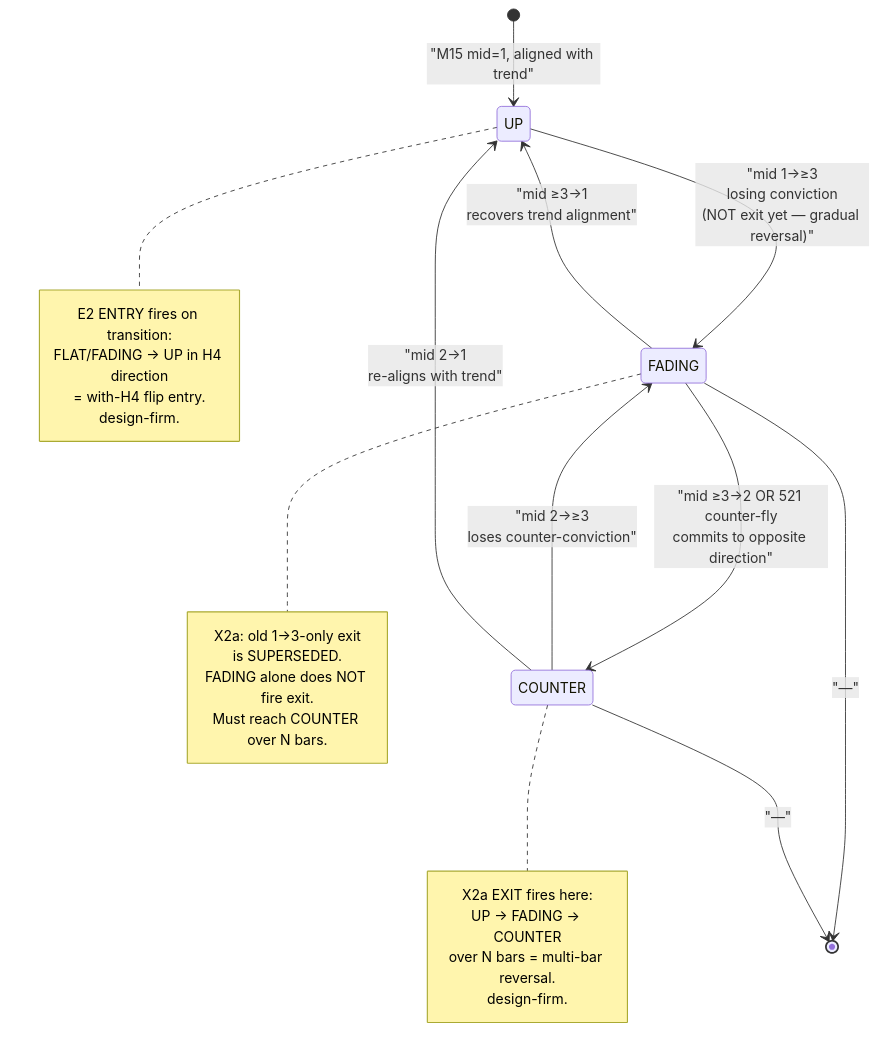
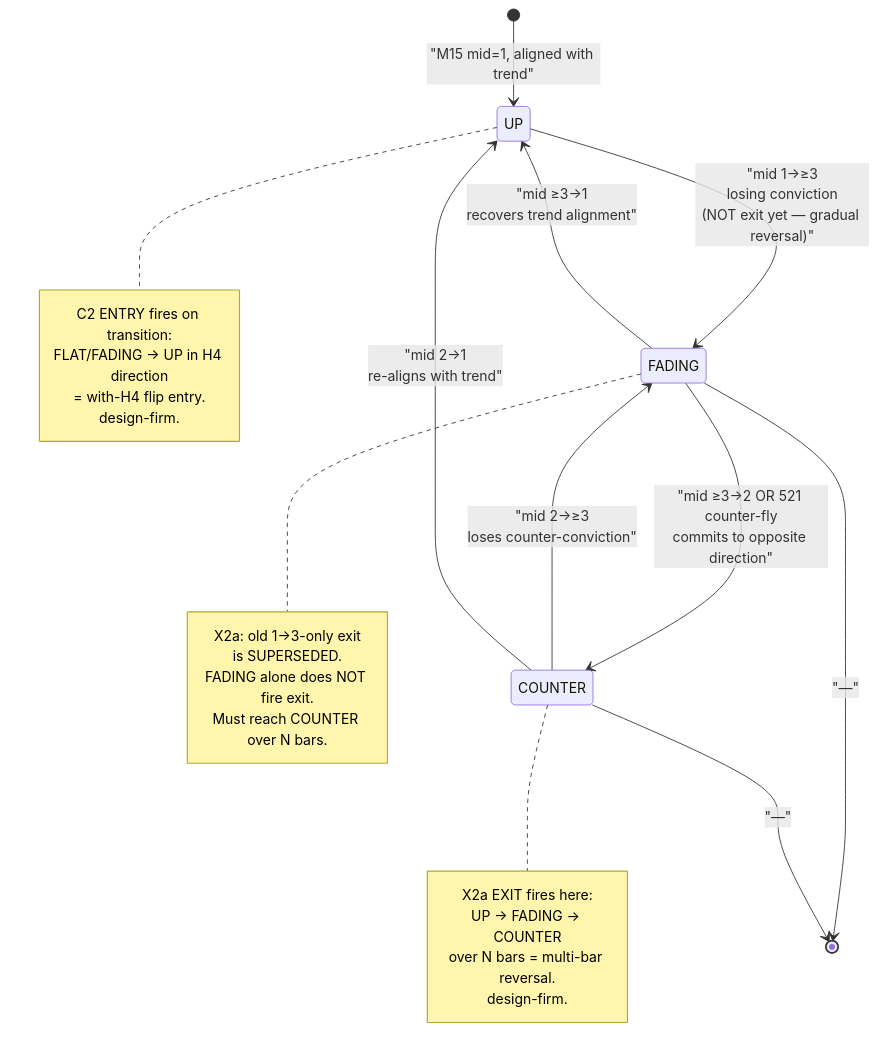
Before and after one commit to Terrypang89/BB_MTF_M15_STRATEGY: diagram 18 of 19 in references/ARCHITECTURE.md, drawn with Mermaid. The commit also changed other lines of this file and 12 other files, not shown here.

````diff
--- a/references/ARCHITECTURE.md
+++ b/references/ARCHITECTURE.md
@@ -1324,35 +1324,35 @@
 ```mermaid
 stateDiagram-v2
     [*] --> UP: "M15 mid=1, aligned with trend"
 
     UP --> FADING: "mid 1→≥3<br/>losing conviction<br/>(NOT exit yet — gradual reversal)"
     note right of FADING
         X2a: old 1→3-only exit
         is SUPERSEDED.
         FADING alone does NOT fire exit.
         Must reach COUNTER over N bars.
     end note
 
     FADING --> UP: "mid ≥3→1<br/>recovers trend alignment"
     FADING --> COUNTER: "mid ≥3→2 OR 521 counter-fly<br/>commits to opposite direction"
 
     COUNTER --> FADING: "mid 2→≥3<br/>loses counter-conviction"
     COUNTER --> UP: "mid 2→1<br/>re-aligns with trend"
 
     note right of COUNTER
         X2a EXIT fires here:
         UP → FADING → COUNTER
         over N bars = multi-bar reversal.
         design-firm.
     end note
 
     note right of UP
-        E2 ENTRY fires on transition:
+        C2 ENTRY fires on transition:
         FLAT/FADING → UP in H4 direction
         = with-H4 flip entry.
         design-firm.
     end note
 
     FADING --> [*]: "—"
     COUNTER --> [*]: "—"
 ```
````
